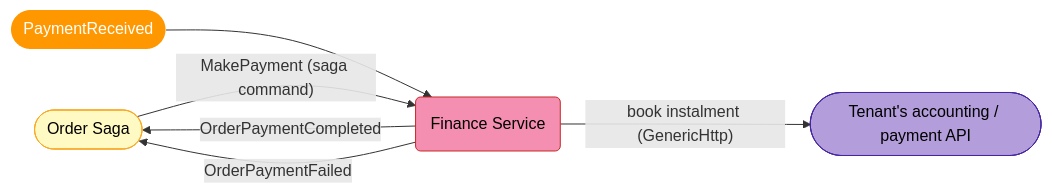
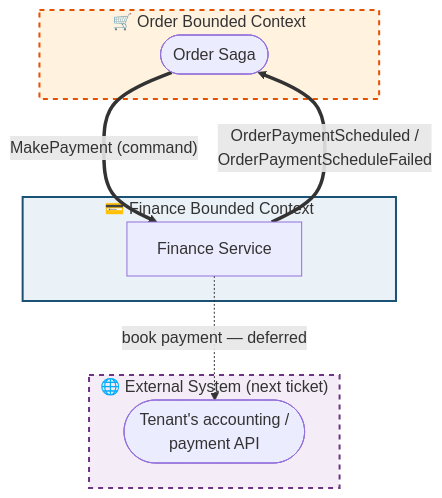
The first of 4 diagrams in Finance/src/EShop.Finance.API/README.md (mnnam1302/EShop), drawn with Mermaid before and after one commit. The commit also changed other lines of this file and 11 other files, not shown here.

Commit message:
feat(finance): implement publish OrderPaymentScheduled and OrderPaymentScheduleFailed after creating account

````diff
--- a/Finance/src/EShop.Finance.API/README.md
+++ b/Finance/src/EShop.Finance.API/README.md
@@ -9,17 +15,20 @@
 ```mermaid
-graph LR
-    classDef event   fill:#ff9800,color:#fff,stroke:none
-    classDef agg     fill:#f48fb1,color:#000,stroke:#c62828
-    classDef actor   fill:#fff9c4,color:#000,stroke:#f9a825
-    classDef ext     fill:#b39ddb,color:#000,stroke:#4527a0
+graph TB
+    subgraph OrderBC["🛒 Order Bounded Context"]
+        ORD(["Order Saga"])
+    end
+    subgraph FinanceBC["💳 Finance Bounded Context"]
+        FIN["Finance Service"]
+    end
+    subgraph External["🌐 External System (next ticket)"]
+        EXT(["Tenant's accounting /<br/>payment API"])
+    end
 
-    ORD([Order Saga]):::actor
-    FIN(Finance Service):::agg
-    EXT([Tenant's accounting / payment API]):::ext
+    ORD ==>|"MakePayment (command)"| FIN
+    FIN ==>|"OrderPaymentScheduled /<br/>OrderPaymentScheduleFailed"| ORD
+    FIN -.->|"book payment — deferred"| EXT
 
-    ORD -->|"MakePayment (saga command)"| FIN
-    FIN -->|"book instalment (GenericHttp)"| EXT
-    PAY([PaymentReceived]):::event --> FIN
-    FIN -->|"OrderPaymentCompleted"| ORD
-    FIN -->|"OrderPaymentFailed"| ORD
+    style OrderBC fill:#fff3e0,stroke:#e65100,stroke-width:2px,stroke-dasharray: 5 5
+    style FinanceBC fill:#eaf2f8,stroke:#1a5276,stroke-width:2px
+    style External fill:#f4ecf7,stroke:#6c3483,stroke-width:2px,stroke-dasharray: 5 5
 ```
````
